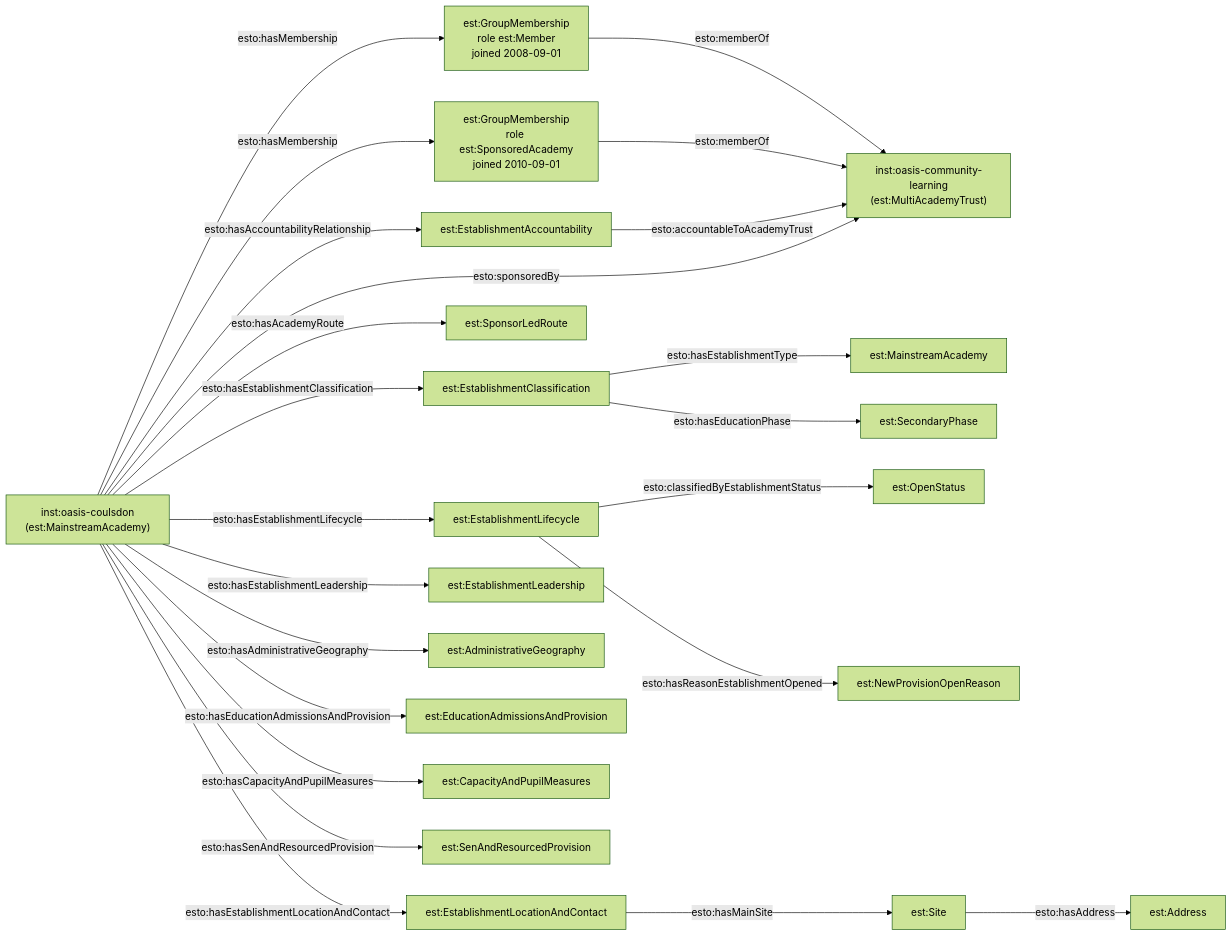
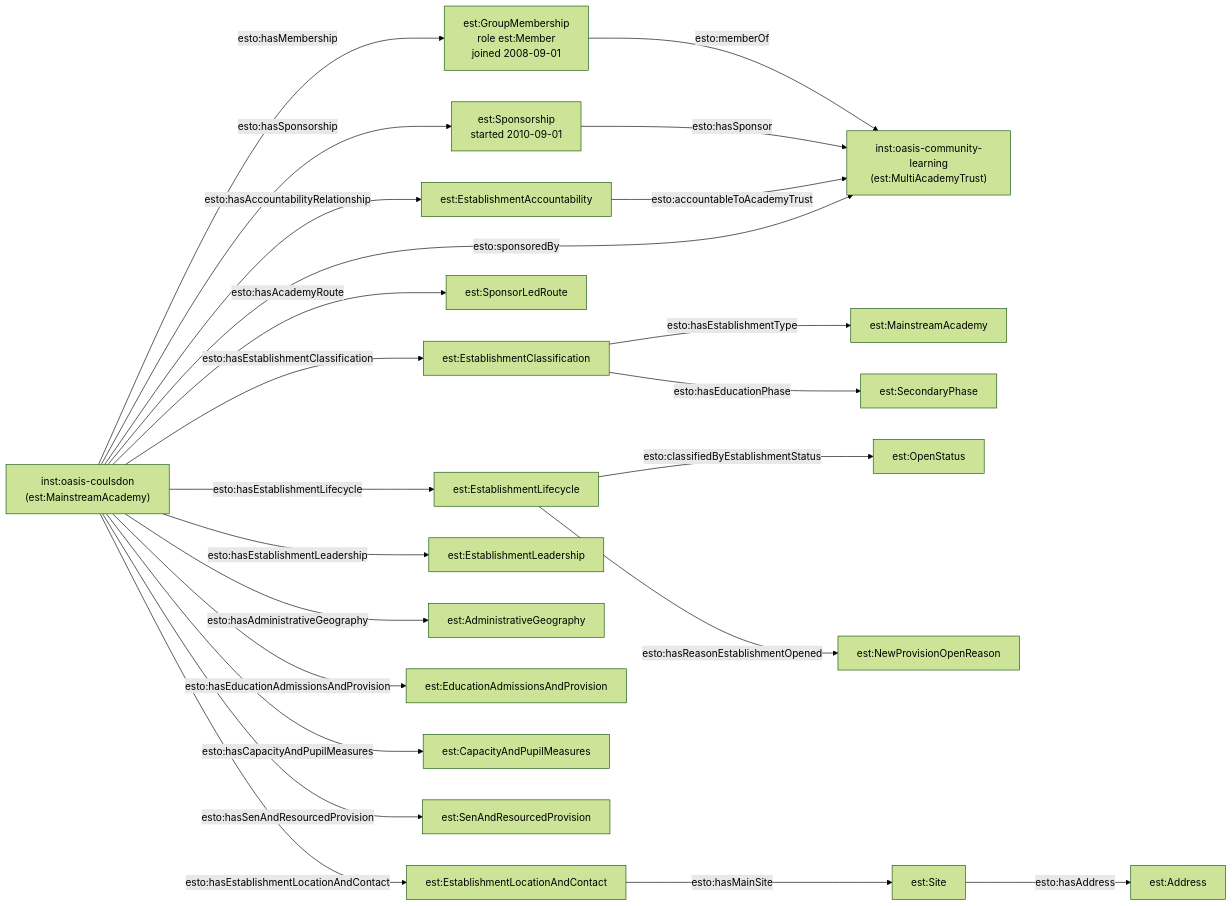
The second of 2 diagrams in docs-site/content/models/establishment/worked-examples/oasis-community-learning/index.md (DFE-Digital/education-provider-registry-docs), drawn with Mermaid (forest theme) before and after one commit. The commit also changed other lines of this file and 9 other files, not shown here.

````diff
--- a/docs-site/content/models/establishment/worked-examples/oasis-community-learning/index.md
+++ b/docs-site/content/models/establishment/worked-examples/oasis-community-learning/index.md
@@ -77,32 +77,32 @@
 ```mermaid
 flowchart LR
     OCL["inst:oasis-community-learning<br/>(est:MultiAcademyTrust)"]
     OC["inst:oasis-coulsdon<br/>(est:MainstreamAcademy)"]
 
     OC -->|esto:hasMembership| GM1["est:GroupMembership<br/>role est:Member<br/>joined 2008-09-01"]
-    OC -->|esto:hasMembership| GM2["est:GroupMembership<br/>role est:SponsoredAcademy<br/>joined 2010-09-01"]
+    OC -->|esto:hasSponsorship| SPN["est:Sponsorship<br/>started 2010-09-01"]
     GM1 -->|esto:memberOf| OCL
-    GM2 -->|esto:memberOf| OCL
+    SPN -->|esto:hasSponsor| OCL
 
     OC -->|esto:hasAccountabilityRelationship| ACC["est:EstablishmentAccountability"]
     ACC -->|esto:accountableToAcademyTrust| OCL
     OC -->|esto:sponsoredBy| OCL
 
     OC -->|esto:hasEstablishmentClassification| CL["est:EstablishmentClassification"]
     CL -->|esto:hasEstablishmentType| TY["est:MainstreamAcademy"]
     CL -->|esto:hasEducationPhase| PH["est:SecondaryPhase"]
     OC -->|esto:hasAcademyRoute| RT["est:SponsorLedRoute"]
 
     OC -->|esto:hasEstablishmentLifecycle| LC["est:EstablishmentLifecycle"]
     LC -->|esto:classifiedByEstablishmentStatus| OS["est:OpenStatus"]
     LC -->|esto:hasReasonEstablishmentOpened| RO["est:NewProvisionOpenReason"]
 
     OC -->|esto:hasEstablishmentLocationAndContact| LOC["est:EstablishmentLocationAndContact"]
     LOC -->|esto:hasMainSite| SITE["est:Site"]
     SITE -->|esto:hasAddress| ADDR["est:Address"]
     OC -->|esto:hasEstablishmentLeadership| LEAD["est:EstablishmentLeadership"]
     OC -->|esto:hasAdministrativeGeography| GEO["est:AdministrativeGeography"]
     OC -->|esto:hasEducationAdmissionsAndProvision| ADM["est:EducationAdmissionsAndProvision"]
     OC -->|esto:hasCapacityAndPupilMeasures| CAP["est:CapacityAndPupilMeasures"]
     OC -->|esto:hasSenAndResourcedProvision| SEN["est:SenAndResourcedProvision"]
 ```
````
